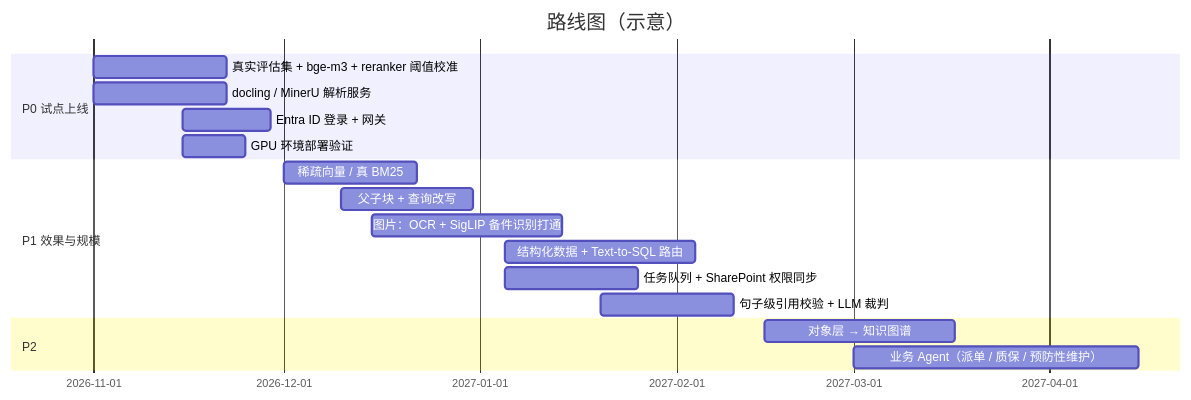
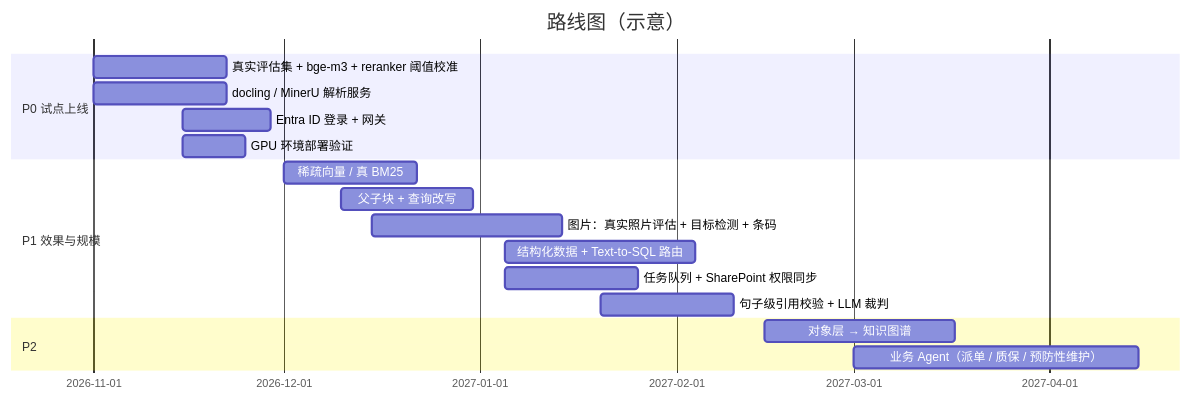
The first of 2 diagrams in docs/08_limitations_roadmap.md (HenryVarro666/servicekb-rag), drawn with Mermaid before and after one commit. The commit also changed other lines of this file and 82 other files, not shown here.

First line of the commit message:
Add part photo recognition: SigLIP visual match + OCR + object layer

````diff
--- a/docs/08_limitations_roadmap.md
+++ b/docs/08_limitations_roadmap.md
@@ -54,20 +54,20 @@
 ```mermaid
 gantt
     dateFormat  YYYY-MM-DD
     title 路线图（示意）
     section P0 试点上线
     真实评估集 + bge-m3 + reranker 阈值校准 :p0a, 2026-11-01, 21d
     docling / MinerU 解析服务               :p0b, 2026-11-01, 21d
     Entra ID 登录 + 网关                     :p0c, 2026-11-15, 14d
     GPU 环境部署验证                         :p0d, 2026-11-15, 10d
     section P1 效果与规模
     稀疏向量 / 真 BM25                       :p1a, 2026-12-01, 21d
     父子块 + 查询改写                         :p1b, 2026-12-10, 21d
-    图片：OCR + SigLIP 备件识别打通          :p1c, 2026-12-15, 30d
+    图片：真实照片评估 + 目标检测 + 条码      :p1c, 2026-12-15, 30d
     结构化数据 + Text-to-SQL 路由            :p1d, 2027-01-05, 30d
     任务队列 + SharePoint 权限同步           :p1e, 2027-01-05, 21d
     句子级引用校验 + LLM 裁判                 :p1f, 2027-01-20, 21d
     section P2
     对象层 → 知识图谱                         :p2a, 2027-02-15, 30d
     业务 Agent（派单 / 质保 / 预防性维护）    :p2b, 2027-03-01, 45d
 ```
````
